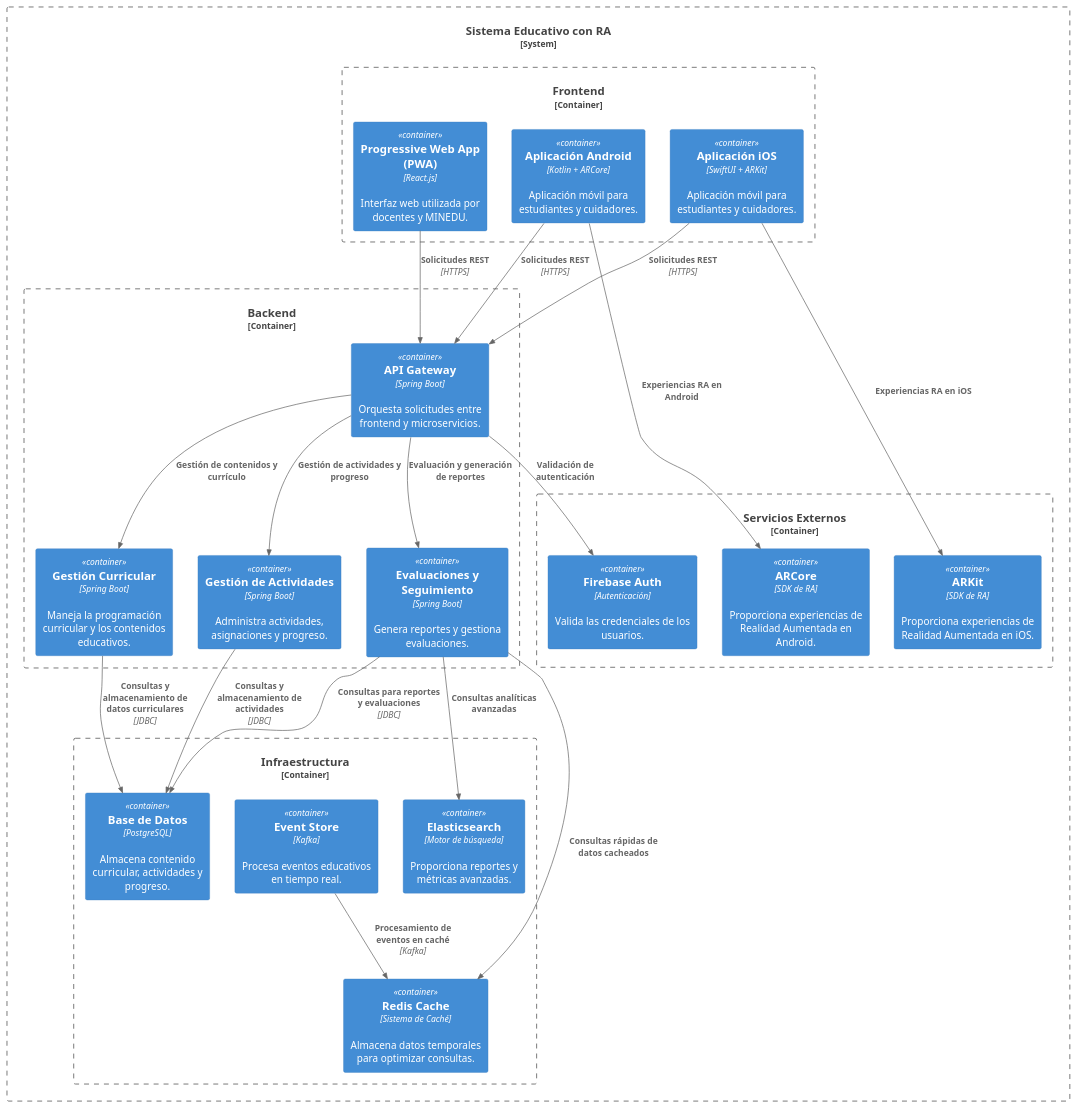
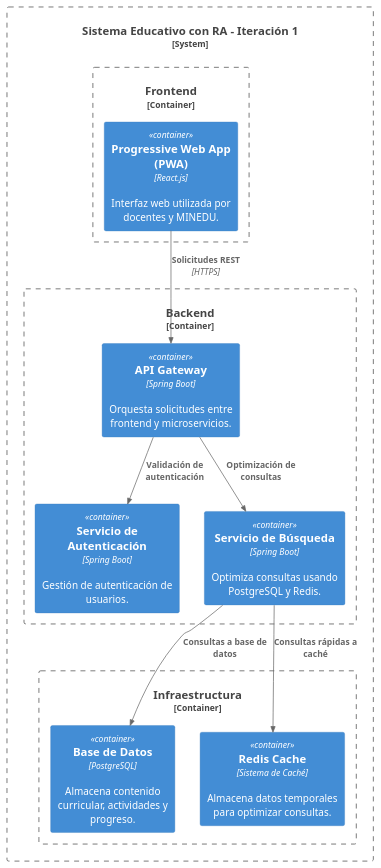
One commit to Arquitectura-de-Software-TEApprendo/TEApprendo-Diagramas changed the diagram in contenedor.puml. Above: the diagram before and after it, drawn with PlantUML. The commit also changed 18 other files, not shown here.

```diff
--- a/contenedor.puml
+++ b/contenedor.puml
@@ -1,52 +1,28 @@
 @startuml
 !include https://raw.githubusercontent.com/plantuml-stdlib/C4-PlantUML/master/C4_Container.puml
 
-System_Boundary(Sistema, "Sistema Educativo con RA") {
+System_Boundary(Sistema, "Sistema Educativo con RA - Iteración 1") {
 
     Container_Boundary(Frontend, "Frontend") {
         Container(PWA, "Progressive Web App (PWA)", "React.js", "Interfaz web utilizada por docentes y MINEDU.")
-        Container(AndroidApp, "Aplicación Android", "Kotlin + ARCore", "Aplicación móvil para estudiantes y cuidadores.")
-        Container(iOSApp, "Aplicación iOS", "SwiftUI + ARKit", "Aplicación móvil para estudiantes y cuidadores.")
     }
 
     Container_Boundary(Backend, "Backend") {
         Container(API_Gateway, "API Gateway", "Spring Boot", "Orquesta solicitudes entre frontend y microservicios.")
-        Container(GestionCurricular, "Gestión Curricular", "Spring Boot", "Maneja la programación curricular y los contenidos educativos.")
-        Container(GestionActividades, "Gestión de Actividades", "Spring Boot", "Administra actividades, asignaciones y progreso.")
-        Container(Evaluaciones, "Evaluaciones y Seguimiento", "Spring Boot", "Genera reportes y gestiona evaluaciones.")
+        Container(AuthService, "Servicio de Autenticación", "Spring Boot", "Gestión de autenticación de usuarios.")
+        Container(SearchService, "Servicio de Búsqueda", "Spring Boot", "Optimiza consultas usando PostgreSQL y Redis.")
     }
 
     Container_Boundary(Infraestructura, "Infraestructura") {
         Container(PostgreSQL, "Base de Datos", "PostgreSQL", "Almacena contenido curricular, actividades y progreso.")
         Container(Redis, "Redis Cache", "Sistema de Caché", "Almacena datos temporales para optimizar consultas.")
-        Container(EventStore, "Event Store", "Kafka", "Procesa eventos educativos en tiempo real.")
-        Container(Elastic, "Elasticsearch", "Motor de búsqueda", "Proporciona reportes y métricas avanzadas.")
     }
 
-    Container_Boundary(ServiciosExternos, "Servicios Externos") {
-        Container(Firebase, "Firebase Auth", "Autenticación", "Valida las credenciales de los usuarios.")
-        Container(ARCore, "ARCore", "SDK de RA", "Proporciona experiencias de Realidad Aumentada en Android.")
-        Container(ARKit, "ARKit", "SDK de RA", "Proporciona experiencias de Realidad Aumentada en iOS.")
-    }
+    Rel(PWA, API_Gateway, "Solicitudes REST", "HTTPS")
+    Rel(API_Gateway, AuthService, "Validación de autenticación")
+    Rel(API_Gateway, SearchService, "Optimización de consultas")
+    Rel(SearchService, PostgreSQL, "Consultas a base de datos")
+    Rel(SearchService, Redis, "Consultas rápidas a caché")
 }
 
-Rel(PWA, API_Gateway, "Solicitudes REST", "HTTPS")
-Rel(AndroidApp, API_Gateway, "Solicitudes REST", "HTTPS")
-Rel(iOSApp, API_Gateway, "Solicitudes REST", "HTTPS")
-
-Rel(API_Gateway, GestionCurricular, "Gestión de contenidos y currículo")
-Rel(API_Gateway, GestionActividades, "Gestión de actividades y progreso")
-Rel(API_Gateway, Evaluaciones, "Evaluación y generación de reportes")
-
-Rel(GestionCurricular, PostgreSQL, "Consultas y almacenamiento de datos curriculares", "JDBC")
-Rel(GestionActividades, PostgreSQL, "Consultas y almacenamiento de actividades", "JDBC")
-Rel(Evaluaciones, PostgreSQL, "Consultas para reportes y evaluaciones", "JDBC")
-Rel(Evaluaciones, Redis, "Consultas rápidas de datos cacheados")
-Rel(EventStore, Redis, "Procesamiento de eventos en caché", "Kafka")
-Rel(Evaluaciones, Elastic, "Consultas analíticas avanzadas")
-
-Rel(API_Gateway, Firebase, "Validación de autenticación")
-Rel(AndroidApp, ARCore, "Experiencias RA en Android")
-Rel(iOSApp, ARKit, "Experiencias RA en iOS")
-
 @enduml
```
